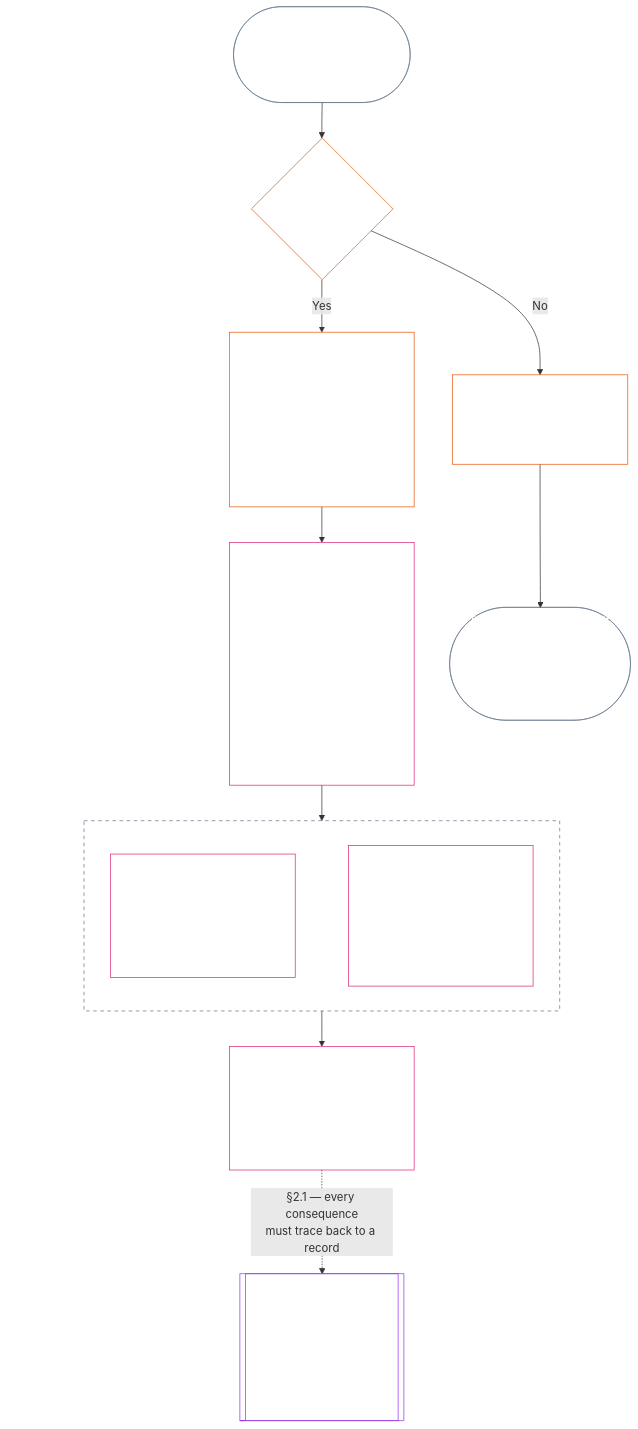
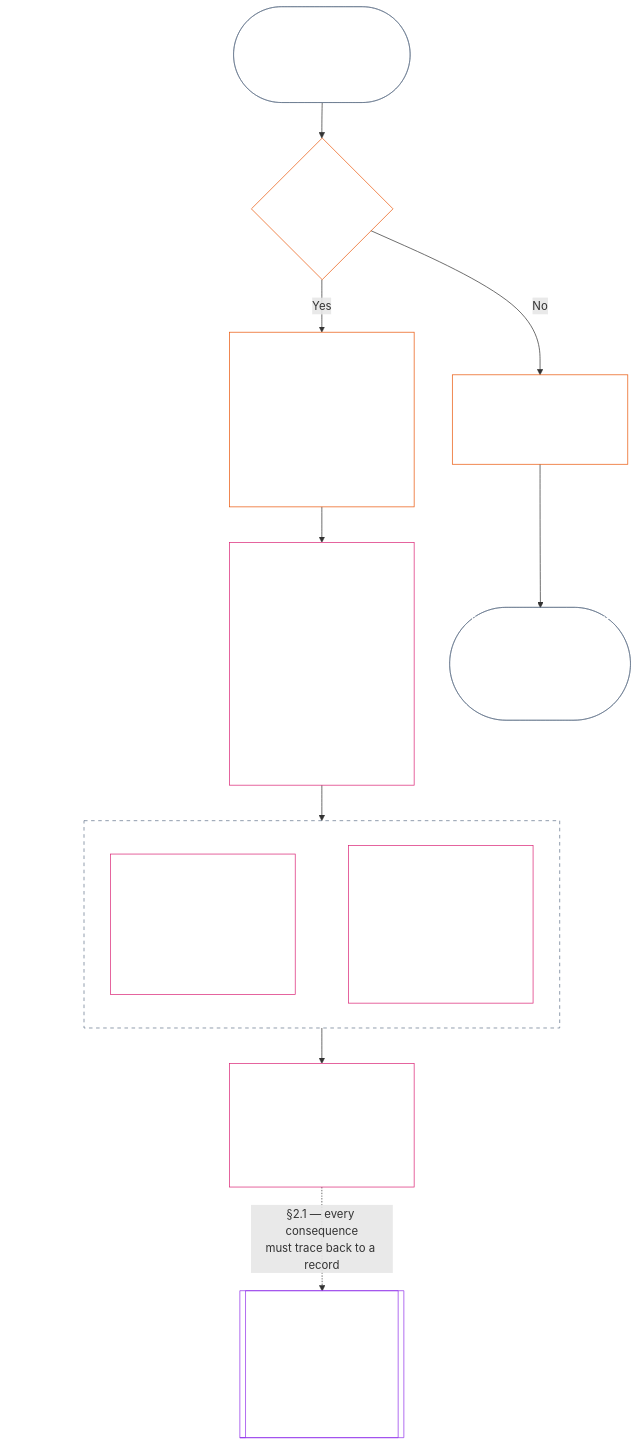
One commit to kfoelsch/Sentient_Constitution changed the first of 2 diagrams in core_11.000_standing_assessment.md. Above: the diagram before and after it, drawn with Mermaid. The commit also changed other lines of this file and 92 other files, not shown here.

First line of the commit message:
Split Chapter Eleven Part B into Chapter Twelve, Standing measurement

````diff
--- a/core_11.000_standing_assessment.md
+++ b/core_11.000_standing_assessment.md
@@ -168,41 +168,41 @@
 ```mermaid
 flowchart TB
     SP1["&nbsp;&nbsp;&nbsp;&nbsp;&nbsp;&nbsp;&nbsp;&nbsp;&nbsp;&nbsp;&nbsp;&nbsp;&nbsp;&nbsp;&nbsp;&nbsp;&nbsp;&nbsp;&nbsp;&nbsp;&nbsp;&nbsp;&nbsp;&nbsp;&nbsp;&nbsp;&nbsp;&nbsp;&nbsp;&nbsp;&nbsp;&nbsp;&nbsp;&nbsp;&nbsp;&nbsp;&nbsp;&nbsp;&nbsp;&nbsp;&nbsp;&nbsp;&nbsp;&nbsp;&nbsp;"]
     SP2["&nbsp;&nbsp;&nbsp;&nbsp;&nbsp;&nbsp;&nbsp;&nbsp;&nbsp;&nbsp;&nbsp;&nbsp;&nbsp;&nbsp;&nbsp;&nbsp;&nbsp;&nbsp;&nbsp;&nbsp;&nbsp;&nbsp;&nbsp;&nbsp;&nbsp;&nbsp;&nbsp;&nbsp;&nbsp;&nbsp;&nbsp;&nbsp;&nbsp;&nbsp;&nbsp;&nbsp;&nbsp;&nbsp;&nbsp;&nbsp;&nbsp;&nbsp;&nbsp;&nbsp;&nbsp;"]
     E(["Event<br/><br/>A bounded event, or a defined pattern<br/>of repeated conduct"])
     D{"§2.3, §2.5, §4<br/>Verified trigger?"}
     O["§5 Open the record<br/><br/>A named record-opening authority approves.<br/>A separate record custodian makes the entry.<br/>§2.2 The subject is notified"]
     C["§2 What every record states<br/><br/>Subject, scope, and time span<br/>One bounded event or one defined pattern<br/>Verified and disputed facts<br/>Evidence, attribution, and challenge path<br/>Review, correction, and supersession status"]
     subgraph K["§2.1 Two kinds of record, never merged into a net score"]
-        Con["§2.1 Contribution standing record<br/><br/>Verified help<br/>§8.2 Measured on the Contribution Axis"]
-        Vio["§2.1 Violation standing record<br/><br/>Verified harm, including accountability failures<br/>§8.2 Measured on the Violation Axis"]
+        Con["§2.1 Contribution standing record<br/><br/>Verified help<br/>Chapter Twelve §2.2 Measured on the Contribution Axis"]
+        Vio["§2.1 Violation standing record<br/><br/>Verified harm, including accountability failures<br/>Chapter Twelve §2.2 Measured on the Violation Axis"]
         Con ~~~ Vio
     end
     L["§2.4 Linked records<br/><br/>One subject may hold several records over time.<br/>Related records cross-reference but never offset"]
     X[["Chapter Thirteen — Question 3<br/><br/>Outside this chapter<br/><br/>Consequences are drawn from the records<br/>and never rewrite them"]]
     N["§2.3 Not triggers<br/><br/>An allegation, popularity,<br/>or protected dissent"]
     S(["§2.2 Silence is the default<br/><br/>No record. Having none is the ordinary state<br/>and says nothing about anyone"])
     E --> D
     D ~~~ SP1
     SP1 ~~~ SP2
     D -->|Yes| O
     D -->|No| N
     N --> S
     O --> C
     C --> K
     K --> L
     L -.->|"§2.1 — every consequence<br/>must trace back to a record"| X
     style E fill:none,stroke:#64748b,color:#ffffff
     style N fill:none,stroke:#ea580c,color:#ffffff
     style S fill:none,stroke:#64748b,color:#ffffff
     style D fill:none,stroke:#ea580c,color:#ffffff
     style O fill:none,stroke:#ea580c,color:#ffffff
     style C fill:none,stroke:#db2777,color:#ffffff
     style Con fill:none,stroke:#db2777,color:#ffffff
     style Vio fill:none,stroke:#db2777,color:#ffffff
     style K fill:none,stroke:#64748b,color:#ffffff,stroke-dasharray: 5 5
     style L fill:none,stroke:#db2777,color:#ffffff
     style X fill:none,stroke:#9333ea,color:#ffffff
     style SP1 fill:none,stroke:none,color:#111111
     style SP2 fill:none,stroke:none,color:#111111
 ```
````
